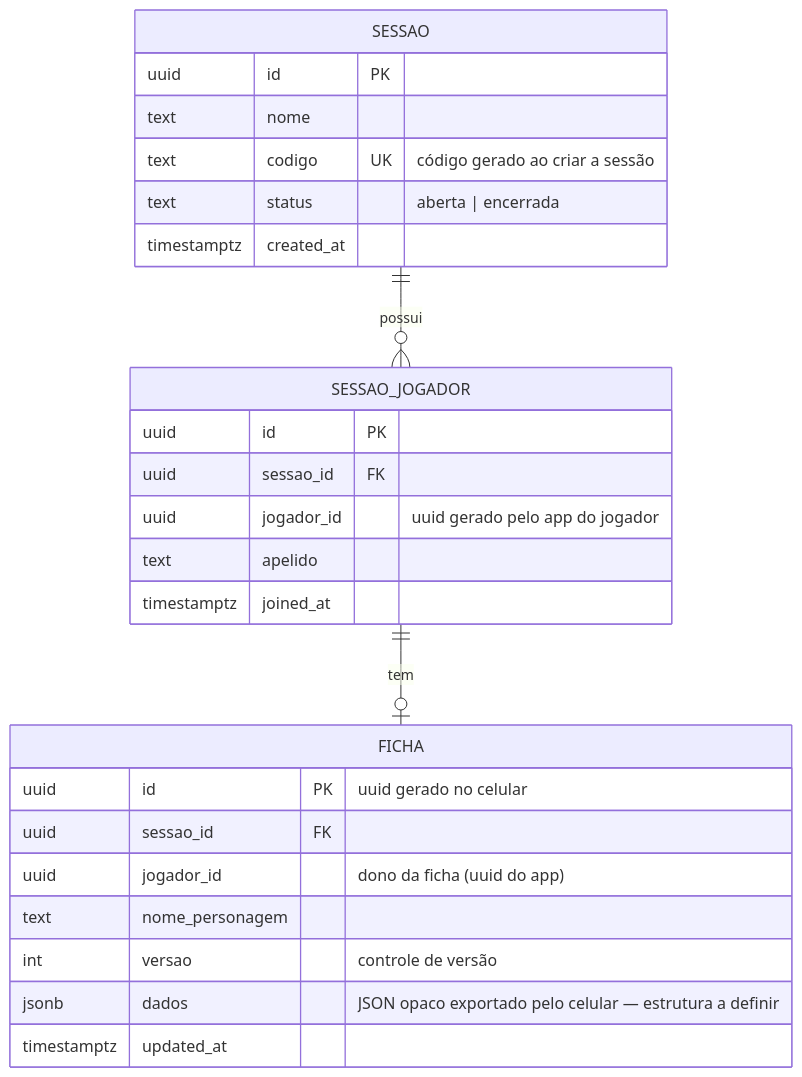
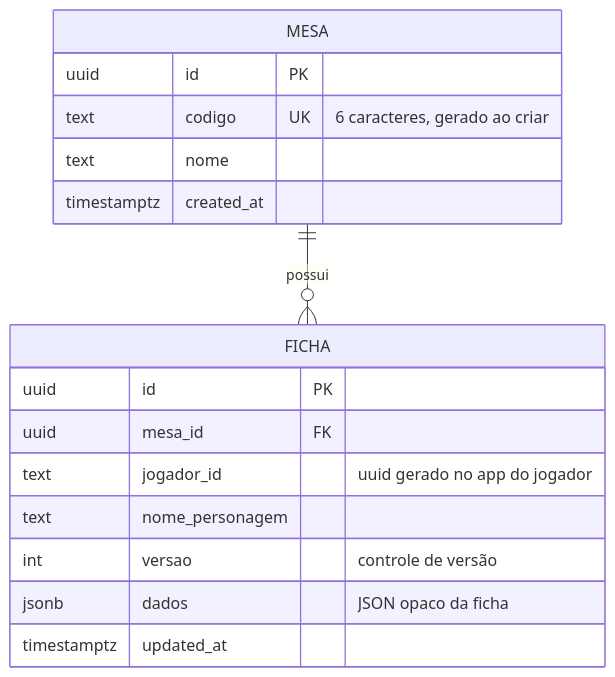
One commit to LuizGustavoMM/UniSenai changed the second of 3 diagrams in DSMD/trabalho-flutter/arquitetura-servidor-mestre.md. Above: the diagram before and after it, drawn with Mermaid. The commit also changed other lines of this file and 2 other files, not shown here.

````diff
--- a/DSMD/trabalho-flutter/arquitetura-servidor-mestre.md
+++ b/DSMD/trabalho-flutter/arquitetura-servidor-mestre.md
@@ -73,29 +102,20 @@
 ```mermaid
 erDiagram
-    SESSAO ||--o{ SESSAO_JOGADOR : "possui"
-    SESSAO_JOGADOR ||--o| FICHA : "tem"
+    MESA ||--o{ FICHA : "possui"
 
-    SESSAO {
+    MESA {
         uuid id PK
+        text codigo UK "6 caracteres, gerado ao criar"
         text nome
-        text codigo UK "código gerado ao criar a sessão"
-        text status "aberta | encerrada"
         timestamptz created_at
     }
-    SESSAO_JOGADOR {
+    FICHA {
         uuid id PK
-        uuid sessao_id FK
-        uuid jogador_id "uuid gerado pelo app do jogador"
-        text apelido
-        timestamptz joined_at
-    }
-    FICHA {
-        uuid id PK "uuid gerado no celular"
-        uuid sessao_id FK
-        uuid jogador_id "dono da ficha (uuid do app)"
+        uuid mesa_id FK
+        text jogador_id "uuid gerado no app do jogador"
         text nome_personagem
         int versao "controle de versão"
-        jsonb dados "JSON opaco exportado pelo celular — estrutura a definir"
+        jsonb dados "JSON opaco da ficha"
         timestamptz updated_at
     }
 ```
````
